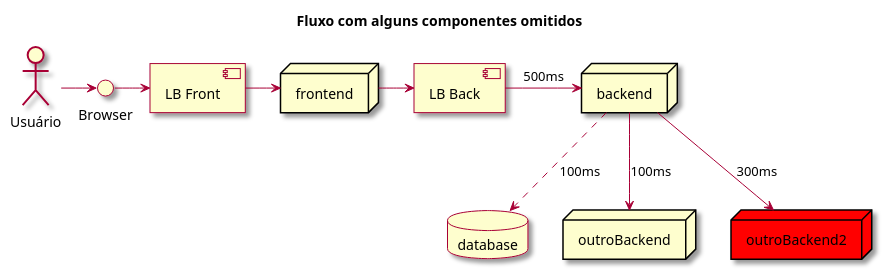
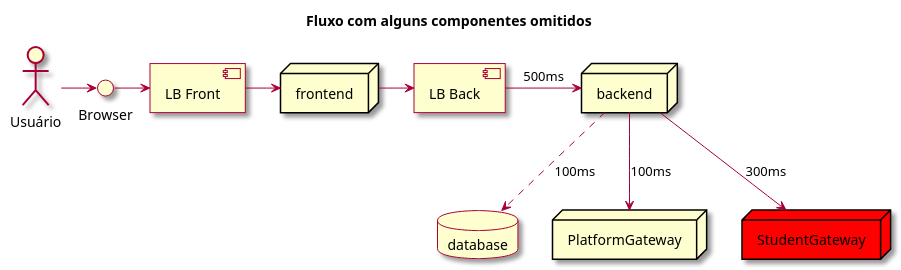
Before and after one commit to charlesardsilva/lecture-cache-content: the diagram in docs/diagrams/request-sem-cdn.plantuml, drawn with PlantUML.

Commit message:
Update diagram

```diff
--- a/docs/diagrams/request-sem-cdn.plantuml
+++ b/docs/diagrams/request-sem-cdn.plantuml
@@ -1,26 +1,26 @@
 @startuml
 
 skin rose
 
 Title: Fluxo com alguns componentes omitidos
 
 component "LB Front" as LBF
 component "LB Back" as LBB
 actor "Usuário" as actor
 database database
 interface "Browser" as browser
 node frontend
 node backend
-node outroBackend
-node outroBackend2 #red
+node outroBackend as "PlatformGateway"
+node outroBackend2 as "StudentGateway" #red
 
 actor -> browser
 browser -> LBF
 LBF -> frontend
 frontend -> LBB
 LBB -> backend : 500ms
 backend --> outroBackend: 100ms
 backend --> outroBackend2 : 300ms
 backend ..> database: 100ms
 
 @enduml
```
